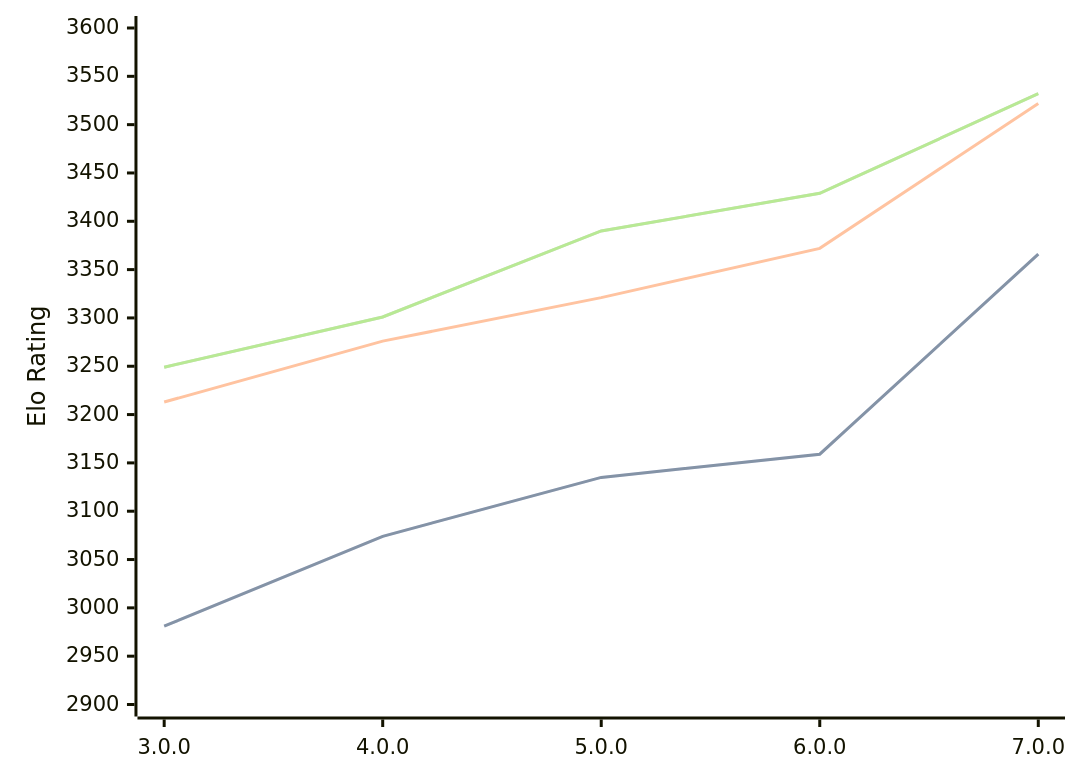
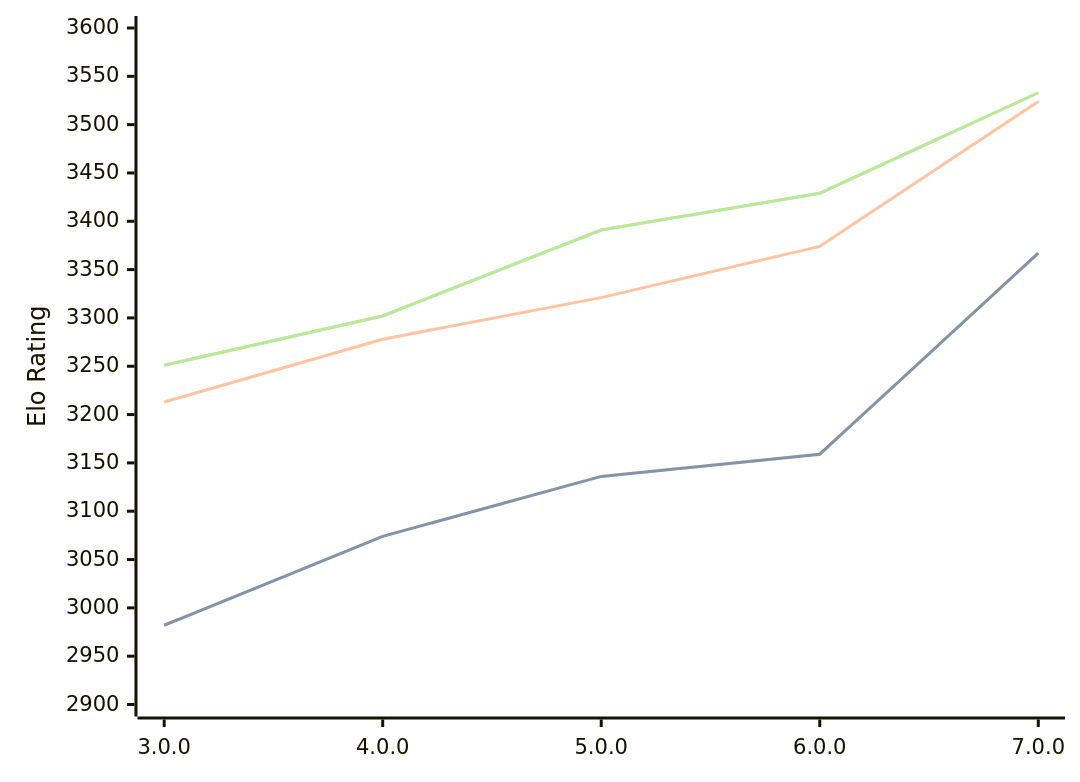
One commit to computer-chess-index/cci changed the diagram in engines/Minke.md. Above: the diagram before and after it, drawn with Mermaid. The commit also changed other lines of this file, not shown here.

Commit message:
Update CCI Ratings (ELO VLTC) - 2026-09-14

````diff
--- a/engines/Minke.md
+++ b/engines/Minke.md
@@ -35,11 +35,11 @@
 ```mermaid
 %%{init: {"theme":"base","themeVariables":{"seriesColors:['#a3a3a3','#222221','#faa371']}}}%%
 xychart-beta
   x-axis ["3.0.0", "4.0.0", "5.0.0", "6.0.0", "7.0.0"]
   y-axis "Elo Rating" 2900 --> 3600
-  line "" [2981, 3074, 3135, 3159, 3366]
-  line "STC (8.0+0.08s)" [2981, 3074, 3135, 3159, 3366]
-  line "LTC (60.0+0.60s)" [3213, 3276, 3321, 3372, 3522]
-  line "" [3249, 3301, 3390, 3429, 3532]
-  line "VLTC (2m24s+1.12s)" [3249, 3301, 3390, 3429, 3532]
+  line "" [2982, 3074, 3136, 3159, 3367]
+  line "STC (8.0+0.08s)" [2982, 3074, 3136, 3159, 3367]
+  line "LTC (60.0+0.60s)" [3213, 3278, 3321, 3374, 3524]
+  line "" [3251, 3302, 3391, 3429, 3533]
+  line "VLTC (2m24s+1.12s)" [3251, 3302, 3391, 3429, 3533]
 ```
````
